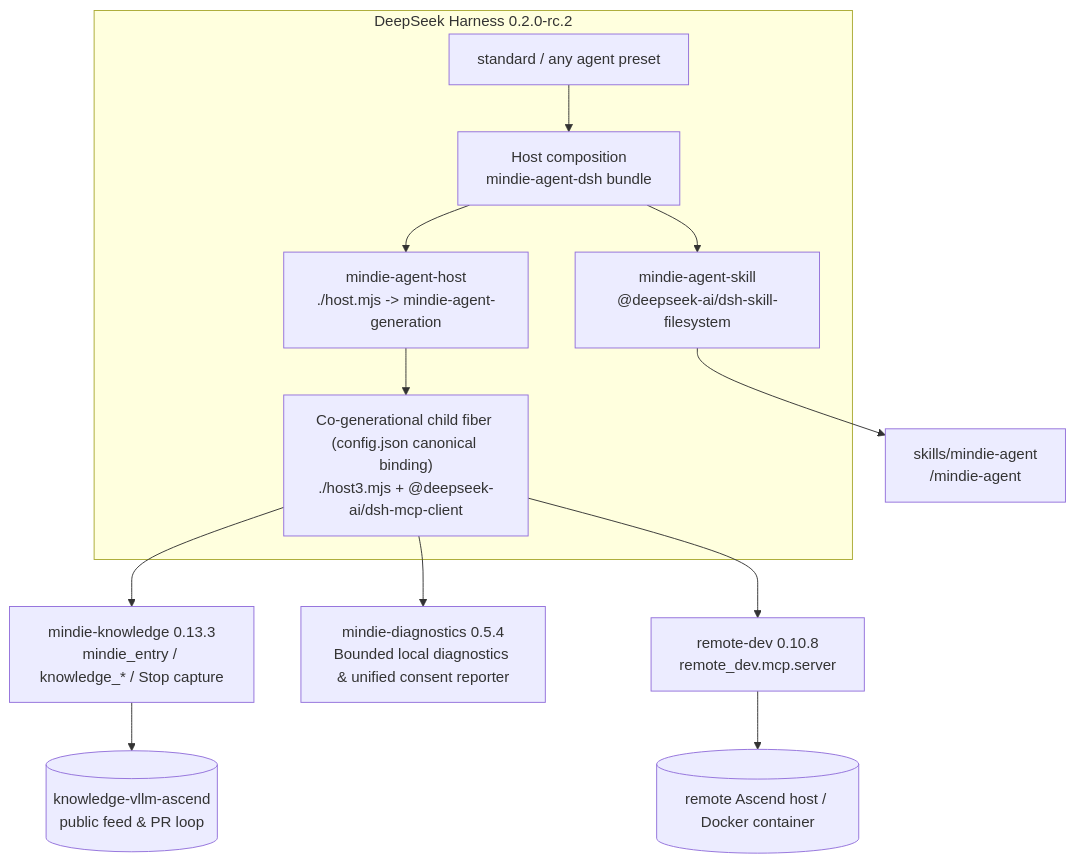
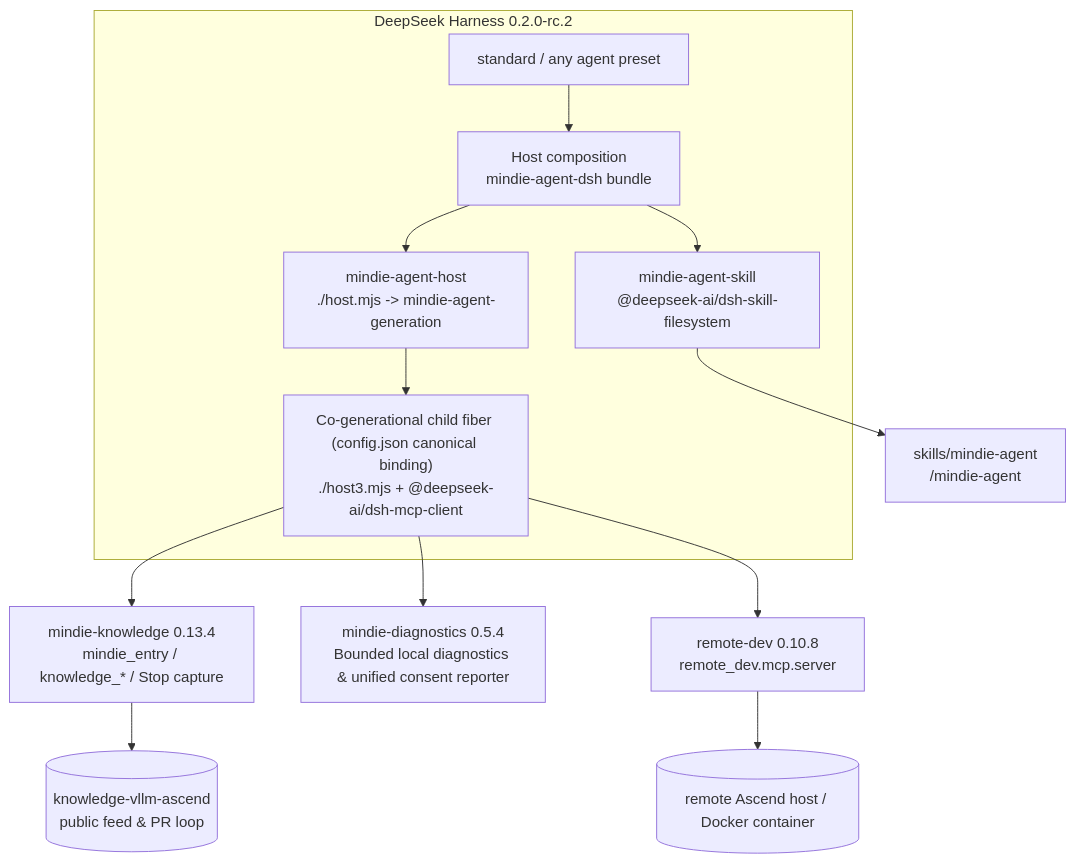
One commit to mindie-agent/mindie-agent-dsh changed the diagram in README.en.md. Above: the diagram before and after it, drawn with Mermaid. The commit also changed other lines of this file and 22 other files, not shown here.

````diff
--- a/README.en.md
+++ b/README.en.md
@@ -197,20 +198,20 @@
 ```mermaid
 flowchart TB
   subgraph DSH["DeepSeek Harness 0.2.0-rc.2"]
     HOST["Host composition<br/>mindie-agent-dsh bundle"]
     STD["standard / any agent preset"]
     SKILL["mindie-agent-skill<br/>@deepseek-ai/dsh-skill-filesystem"]
     HPLUG["mindie-agent-host<br/>./host.mjs -> mindie-agent-generation"]
     GEN["Co-generational child fiber (config.json canonical binding)<br/>./host3.mjs + @deepseek-ai/dsh-mcp-client"]
     STD --> HOST
     HOST --> SKILL
     HOST --> HPLUG
     HPLUG --> GEN
   end
   SKILL --> SK["skills/mindie-agent<br/>/mindie-agent"]
-  GEN --> KS["mindie-knowledge 0.13.3<br/>mindie_entry / knowledge_* / Stop capture"]
+  GEN --> KS["mindie-knowledge 0.13.4<br/>mindie_entry / knowledge_* / Stop capture"]
   GEN --> DIAG["mindie-diagnostics 0.5.4<br/>Bounded local diagnostics & unified consent reporter"]
   KS --> FEED[("knowledge-vllm-ascend<br/>public feed & PR loop")]
   GEN --> RD["remote-dev 0.10.8<br/>remote_dev.mcp.server"]
   RD --> NPU[("remote Ascend host / Docker container")]
 ```
````
